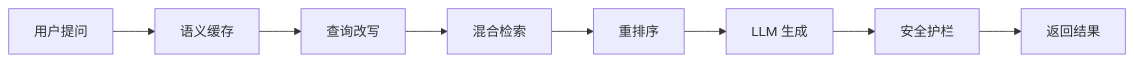
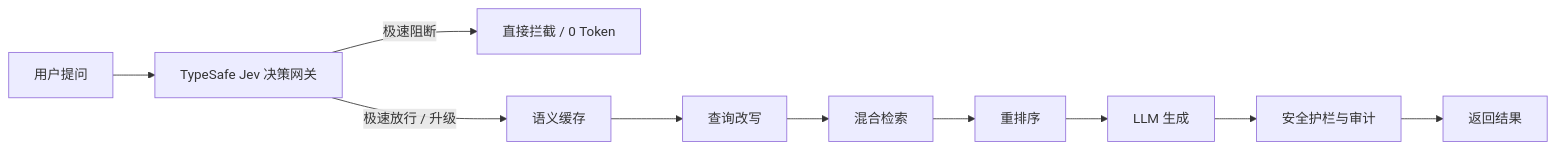
Before and after one commit to Hao610/AI-Model-Atlas: the diagram in README_zh.md, drawn with Mermaid. The commit also changed other lines of this file and 5 other files, not shown here.

Commit message:
docs: update root and rag-app READMEs with TypeSafe Jev architecture and quickstart step

````diff
--- a/README_zh.md
+++ b/README_zh.md
@@ -77,10 +77,12 @@
 ```mermaid
 graph LR
-    A[用户提问] --> B[语义缓存]
+    A[用户提问] --> Jev[TypeSafe Jev 决策网关]
+    Jev -->|极速阻断| Block[直接拦截 / 0 Token]
+    Jev -->|极速放行 / 升级| B[语义缓存]
     B --> C[查询改写]
     C --> D[混合检索]
     D --> E[重排序]
     E --> F[LLM 生成]
-    F --> G[安全护栏]
+    F --> G[安全护栏与审计]
     G --> H[返回结果]
 ```
````
